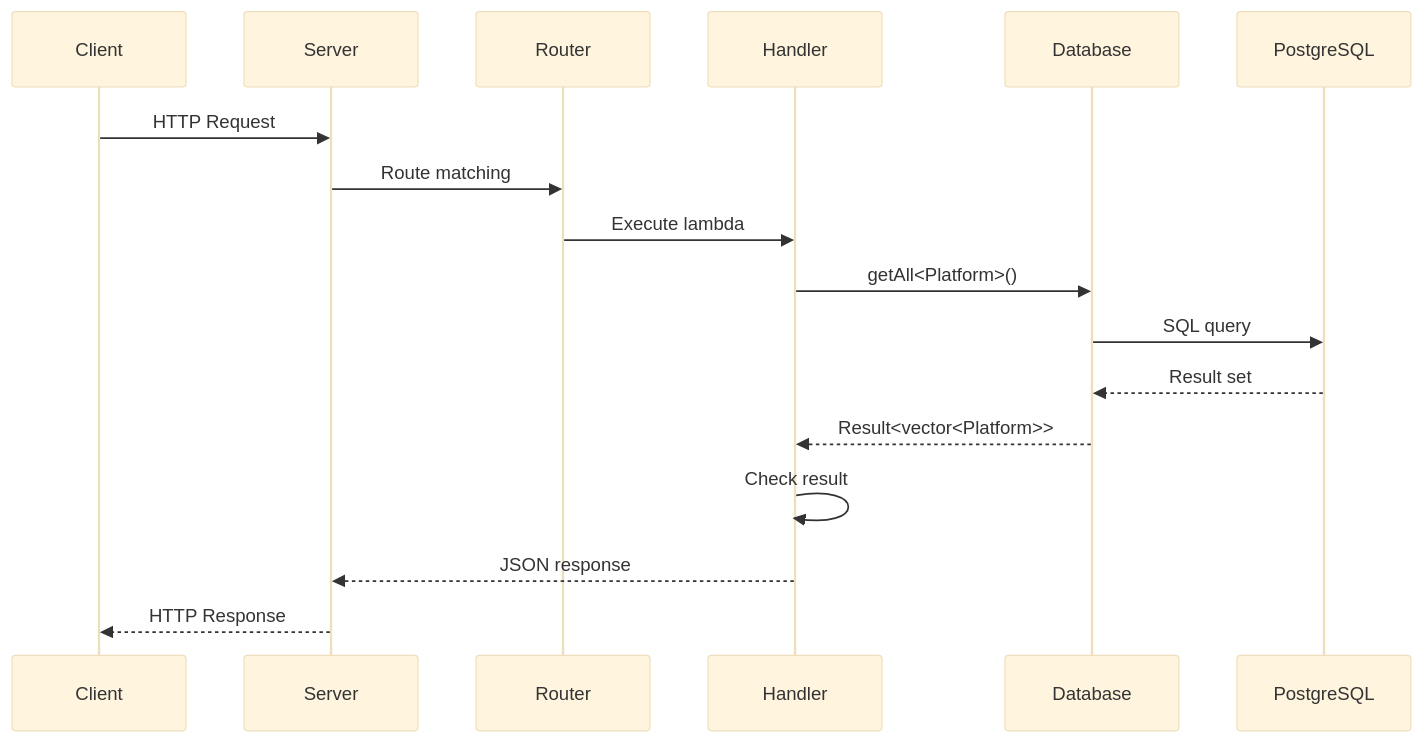
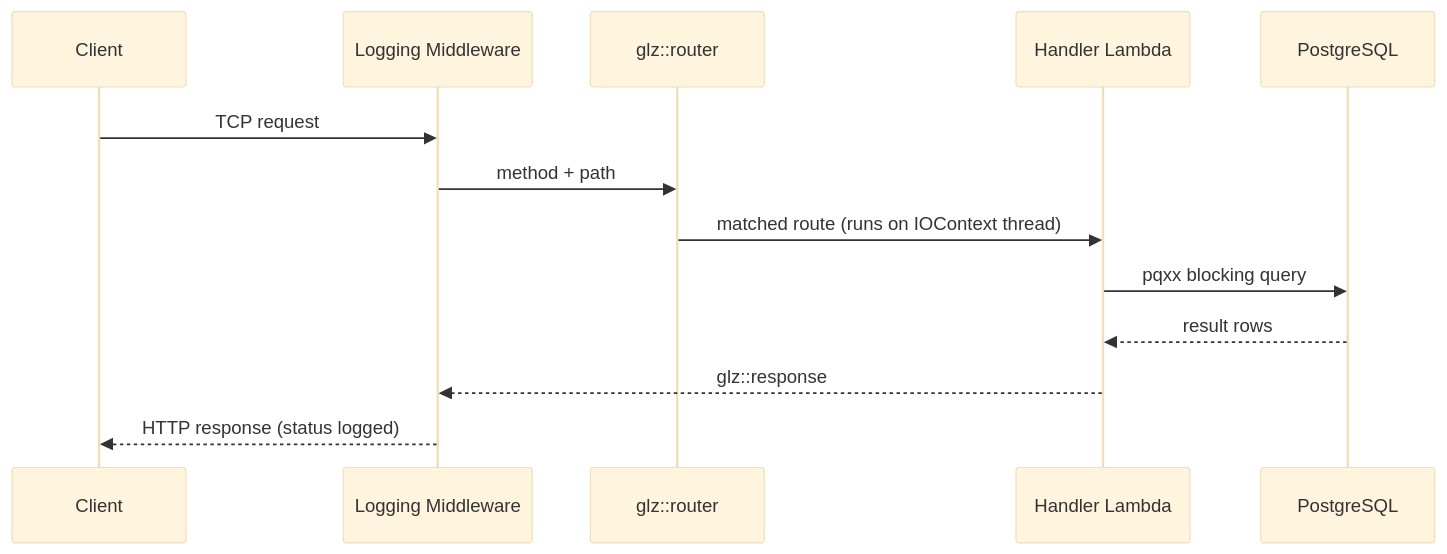
Before and after one commit to guzman109/icicle-insights: the third of 3 diagrams in docs/architecture.md, drawn with Mermaid (base theme). The commit also changed other lines of this file and 32 other files, not shown here.

````diff
--- a/docs/architecture.md
+++ b/docs/architecture.md
@@ -305,20 +256,16 @@
 ```mermaid
 sequenceDiagram
-    participant Client
-    participant Server
-    participant Router
-    participant Handler
-    participant Database
-    participant PostgreSQL
+    participant C as Client
+    participant MW as Logging Middleware
+    participant R as glz::router
+    participant H as Handler Lambda
+    participant DB as PostgreSQL
 
-    Client->>Server: HTTP Request
-    Server->>Router: Route matching
-    Router->>Handler: Execute lambda
-    Handler->>Database: getAll<Platform>()
-    Database->>PostgreSQL: SQL query
-    PostgreSQL-->>Database: Result set
-    Database-->>Handler: Result<vector<Platform>>
-    Handler->>Handler: Check result
-    Handler-->>Server: JSON response
-    Server-->>Client: HTTP Response
+    C->>MW: TCP request
+    MW->>R: method + path
+    R->>H: matched route (runs on IOContext thread)
+    H->>DB: pqxx blocking query
+    DB-->>H: result rows
+    H-->>MW: glz::response
+    MW-->>C: HTTP response (status logged)
 ```
````
